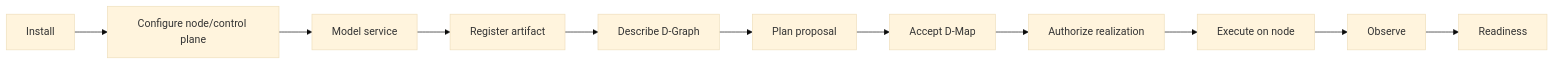
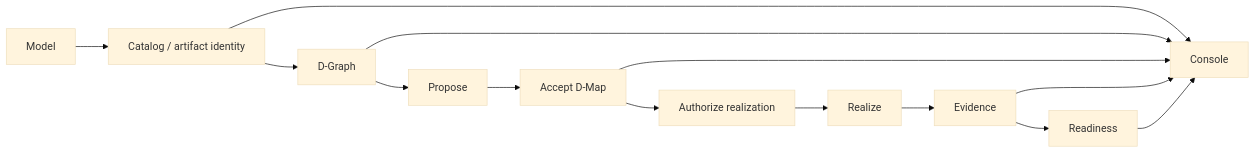
The first of 2 diagrams in docs/tutorials/index.md (dnredson/datum-docs), drawn with Mermaid (base theme) before and after one commit. The commit also changed other lines of this file and 15 other files, not shown here.

Commit message:
docs: document DATUM Console and service catalog

````diff
--- a/docs/tutorials/index.md
+++ b/docs/tutorials/index.md
@@ -10,13 +29,16 @@
 ```mermaid
 flowchart LR
-    I["Install"] --> C["Configure node/control plane"]
-    C --> M["Model service"]
-    M --> A["Register artifact"]
-    A --> G["Describe D-Graph"]
-    G --> P["Plan proposal"]
-    P --> X["Accept D-Map"]
-    X --> AU["Authorize realization"]
-    AU --> R["Execute on node"]
-    R --> O["Observe"]
-    O --> Q["Readiness"]
+    M["Model"] --> C["Catalog / artifact identity"]
+    C --> G["D-Graph"]
+    G --> P["Propose"]
+    P --> A["Accept D-Map"]
+    A --> AU["Authorize realization"]
+    AU --> R["Realize"]
+    R --> E["Evidence"]
+    E --> Q["Readiness"]
+    C --> UI["Console"]
+    G --> UI
+    A --> UI
+    E --> UI
+    Q --> UI
 ```
````
